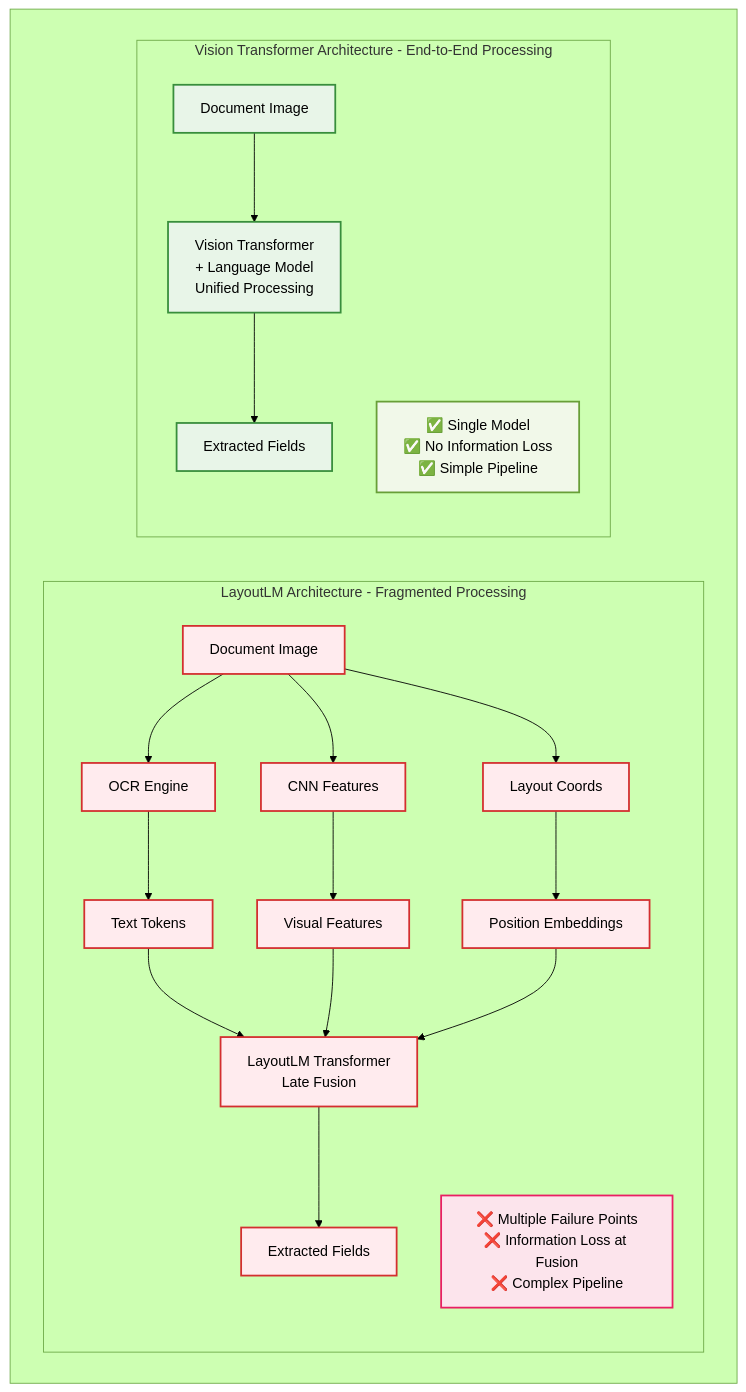
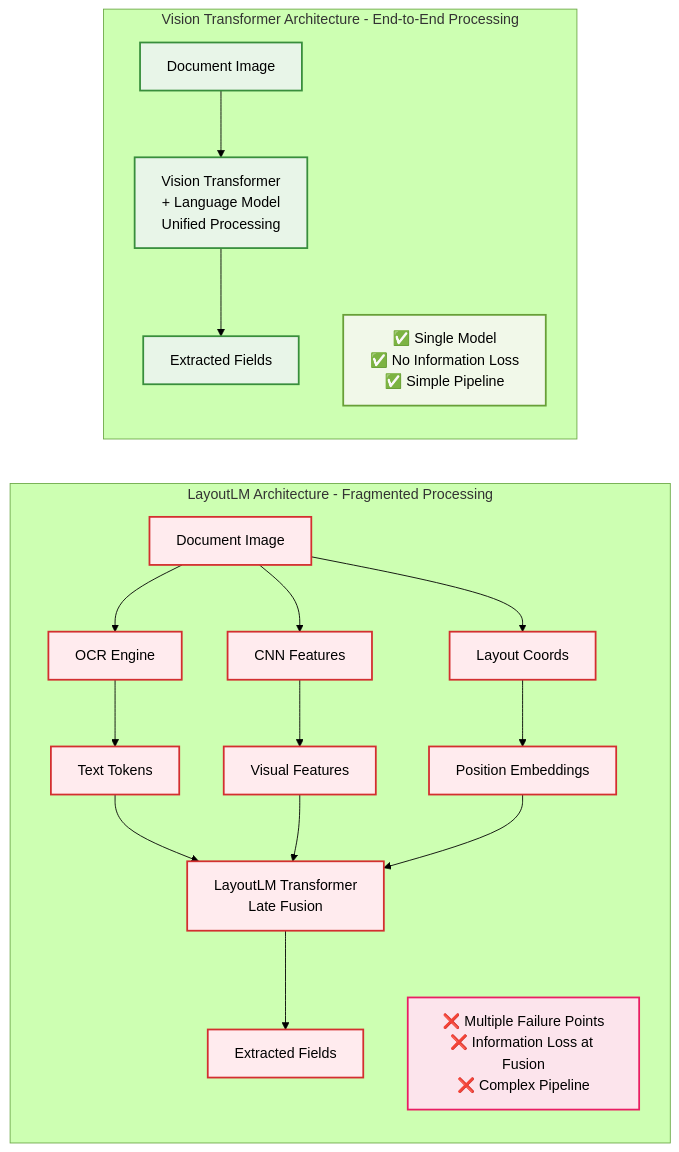
The diagram in presentation_materials/presentation_diagrams/mermaid_exports/LayoutLM_vs_Vision_Transformer_Architecture.mmd (tmnestor/unified_vision_processor_minimal), drawn with Mermaid (forest theme) before and after one commit. The commit also changed 1 other file, not shown here.

Commit message:
✨ feat: update LayoutLM vs Vision Transformer architecture diagrams for improved clarity and structure

```diff
--- a/presentation_materials/presentation_diagrams/mermaid_exports/LayoutLM_vs_Vision_Transformer_Architecture.mmd
+++ b/presentation_materials/presentation_diagrams/mermaid_exports/LayoutLM_vs_Vision_Transformer_Architecture.mmd
@@ -1,40 +1,38 @@
-graph TB
-    subgraph comparison [" "]
-        subgraph layoutlm ["LayoutLM Architecture - Fragmented Processing"]
-            direction TB
-            L1[Document Image] --> L2A[OCR Engine]
-            L1 --> L2B[CNN Features] 
-            L1 --> L2C[Layout Coords]
-            
-            L2A --> L3A[Text Tokens]
-            L2B --> L3B[Visual Features]
-            L2C --> L3C[Position Embeddings]
-            
-            L3A --> L4[LayoutLM Transformer<br/>Late Fusion]
-            L3B --> L4
-            L3C --> L4
-            
-            L4 --> L5[Extracted Fields]
-            
-            L6[❌ Multiple Failure Points<br/>❌ Information Loss at Fusion<br/>❌ Complex Pipeline]
-        end
+graph LR
+    subgraph layoutlm ["LayoutLM Architecture - Fragmented Processing"]
+        direction TB
+        L1[Document Image] --> L2A[OCR Engine]
+        L1 --> L2B[CNN Features] 
+        L1 --> L2C[Layout Coords]
         
-        subgraph vit ["Vision Transformer Architecture - End-to-End Processing"]
-            direction TB
-            V1[Document Image] --> V2[Vision Transformer<br/>+ Language Model<br/>Unified Processing]
-            V2 --> V3[Extracted Fields]
-            
-            V4[✅ Single Model<br/>✅ No Information Loss<br/>✅ Simple Pipeline]
-        end
+        L2A --> L3A[Text Tokens]
+        L2B --> L3B[Visual Features]
+        L2C --> L3C[Position Embeddings]
+        
+        L3A --> L4[LayoutLM Transformer<br/>Late Fusion]
+        L3B --> L4
+        L3C --> L4
+        
+        L4 --> L5[Extracted Fields]
+        
+        L6[❌ Multiple Failure Points<br/>❌ Information Loss at Fusion<br/>❌ Complex Pipeline]
+    end
+    
+    subgraph vit ["Vision Transformer Architecture - End-to-End Processing"]
+        direction TB
+        V1[Document Image] --> V2[Vision Transformer<br/>+ Language Model<br/>Unified Processing]
+        V2 --> V3[Extracted Fields]
+        
+        V4[✅ Single Model<br/>✅ No Information Loss<br/>✅ Simple Pipeline]
     end
     
     %% Styling
     classDef layoutlmNode fill:#ffebee,stroke:#d32f2f,stroke-width:2px,color:#000
     classDef vitNode fill:#e8f5e8,stroke:#388e3c,stroke-width:2px,color:#000
     classDef issues fill:#fce4ec,stroke:#e91e63,stroke-width:2px,color:#000
     classDef benefits fill:#f1f8e9,stroke:#689f38,stroke-width:2px,color:#000
     
     class L1,L2A,L2B,L2C,L3A,L3B,L3C,L4,L5 layoutlmNode
     class V1,V2,V3 vitNode
     class L6 issues
     class V4 benefits
```
